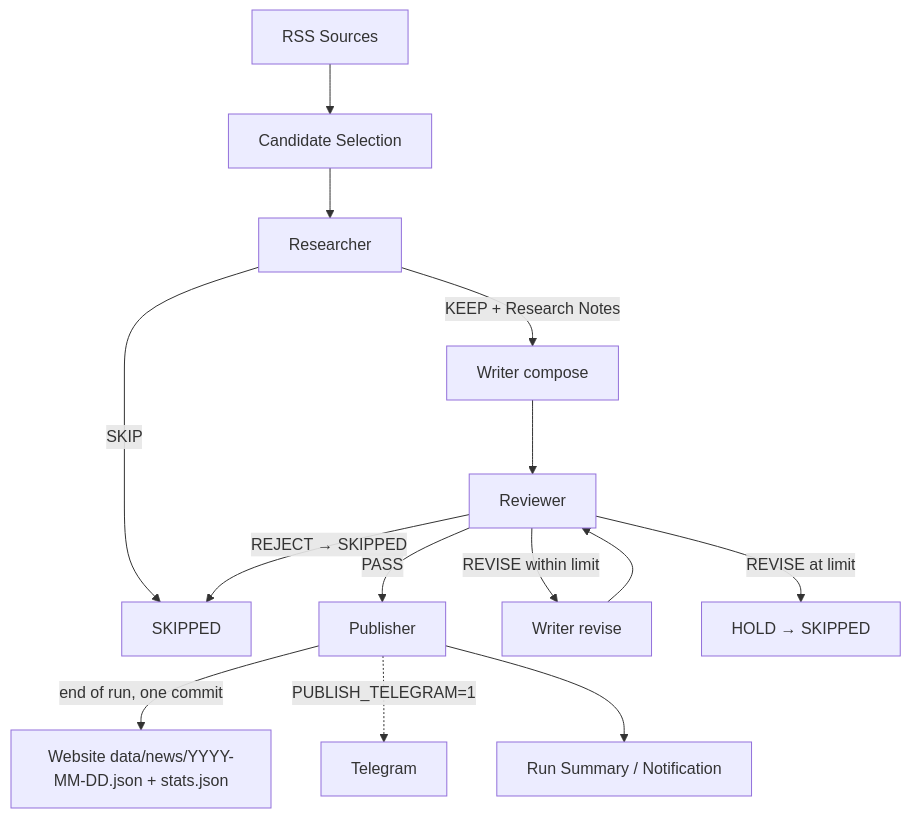
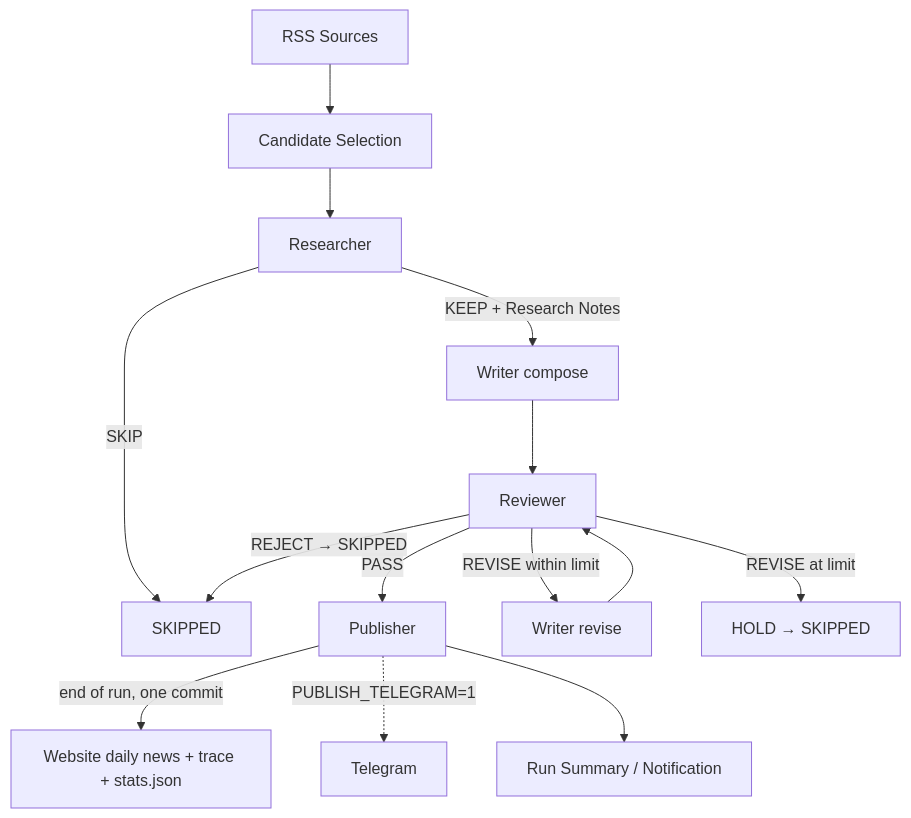
The diagram in README.en.md (MartinKuai/chip-news-ai-workflow), drawn with Mermaid before and after one commit. The commit also changed other lines of this file and 13 other files, not shown here.

First line of the commit message:
Export bounded daily news replay traces

````diff
--- a/README.en.md
+++ b/README.en.md
@@ -15,16 +15,16 @@
 ```mermaid
 flowchart TD
     A[RSS Sources] --> B[Candidate Selection]
     B --> C[Researcher]
     C -->|SKIP| Z[SKIPPED]
     C -->|KEEP + Research Notes| D[Writer compose]
     D --> E[Reviewer]
     E -->|PASS| F[Publisher]
     E -->|REVISE within limit| G[Writer revise]
     G --> E
     E -->|REVISE at limit| H[HOLD → SKIPPED]
     E -->|REJECT → SKIPPED| Z
-    F -->|end of run, one commit| W[Website data/news/YYYY-MM-DD.json + stats.json]
+    F -->|end of run, one commit| W[Website daily news + trace + stats.json]
     F -.->|PUBLISH_TELEGRAM=1| I[Telegram]
     F --> J[Run Summary / Notification]
 ```
````
